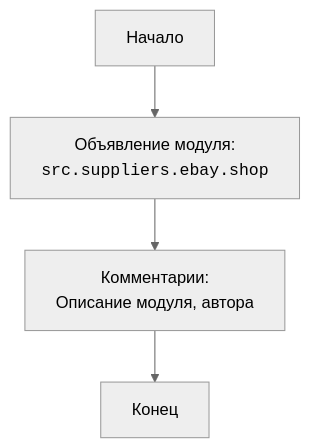
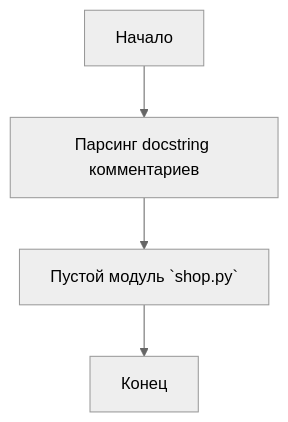
The diagram in docs/gemini/ru/explainer/src/suppliers/ebay/shop.py.md (hypo69/hypo), drawn with Mermaid (neutral theme) before and after one commit. The commit also changed other lines of this file and 1505 other files, not shown here.

````diff
--- a/docs/gemini/ru/explainer/src/suppliers/ebay/shop.py.md
+++ b/docs/gemini/ru/explainer/src/suppliers/ebay/shop.py.md
@@ -43,6 +27,6 @@
 ```mermaid
 flowchart TD
-    Start[Начало] --> ModuleDeclaration[Объявление модуля:<br><code>src.suppliers.ebay.shop</code>]
-    ModuleDeclaration --> Comments[Комментарии: <br>Описание модуля, автора]
-    Comments --> End[Конец]
+    Start[Начало] --> ParseComments[Парсинг docstring комментариев]
+    ParseComments --> EmptyModule[Пустой модуль `shop.py`]
+    EmptyModule --> End[Конец]
 ```
````
